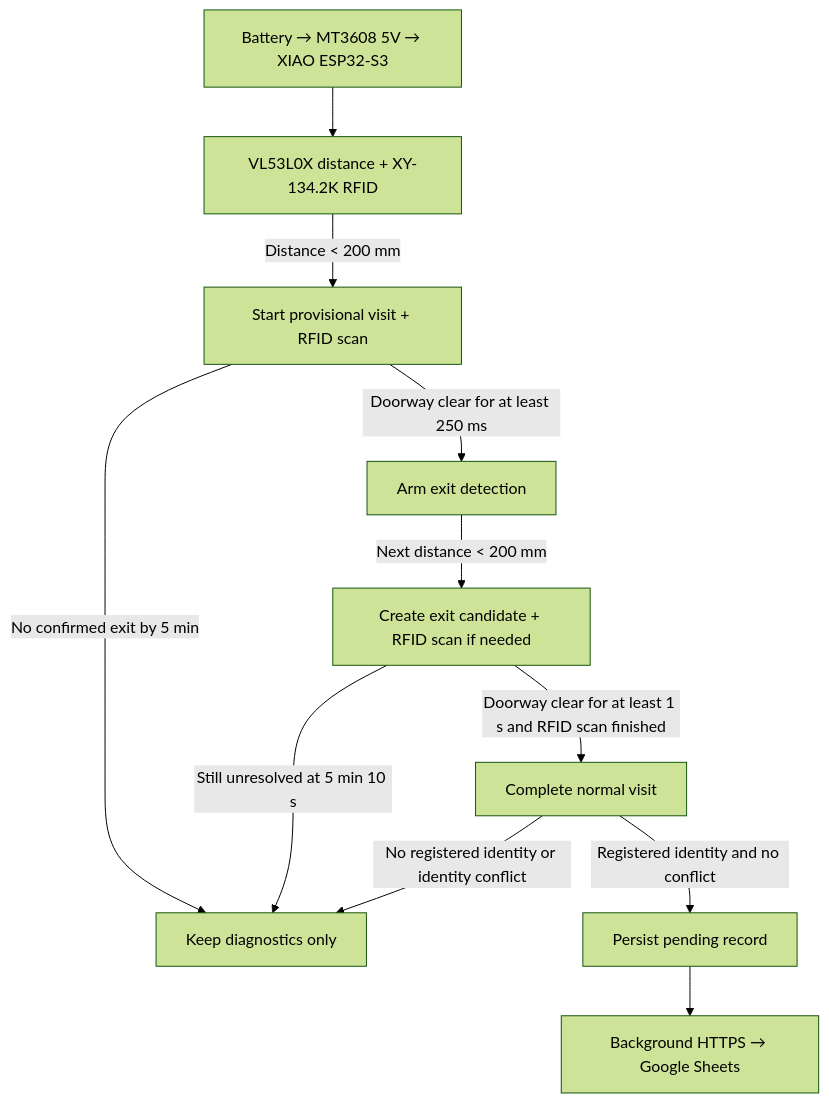
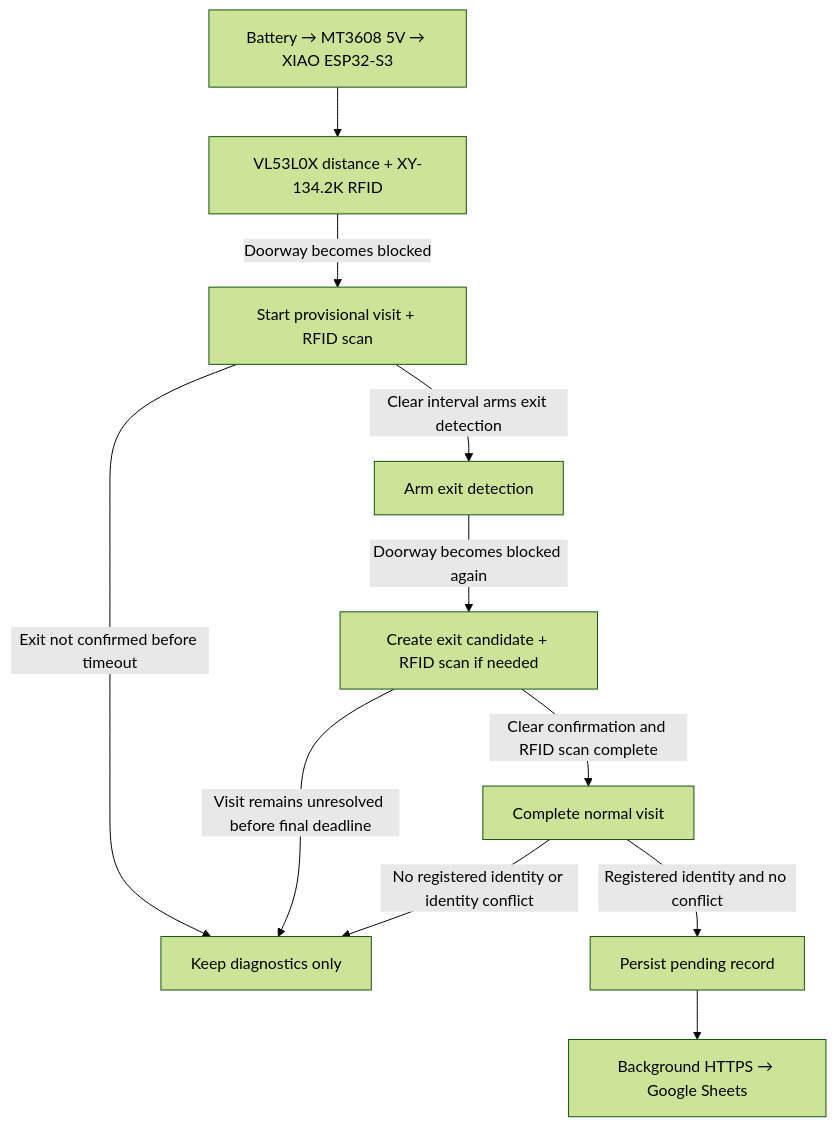
Before and after one commit to ziv50109/smart-litter-cabinet: the diagram in README.md, drawn with Mermaid (forest theme). The commit also changed other lines of this file and 6 other files, not shown here.

````diff
--- a/README.md
+++ b/README.md
@@ -11,13 +11,13 @@
 ```mermaid
 flowchart TD
     Power[Battery → MT3608 5V → XIAO ESP32-S3] --> Sensors[VL53L0X distance + XY-134.2K RFID]
-    Sensors -->|Distance < 200 mm| Entry[Start provisional visit + RFID scan]
-    Entry -->|Doorway clear for at least 250 ms| Armed[Arm exit detection]
-    Armed -->|Next distance < 200 mm| Exit[Create exit candidate + RFID scan if needed]
-    Exit -->|Doorway clear for at least 1 s and RFID scan finished| Resolve[Complete normal visit]
-    Entry -->|No confirmed exit by 5 min| Diagnostic[Keep diagnostics only]
-    Exit -->|Still unresolved at 5 min 10 s| Diagnostic
+    Sensors -->|Doorway becomes blocked| Entry[Start provisional visit + RFID scan]
+    Entry -->|Clear interval arms exit detection| Armed[Arm exit detection]
+    Armed -->|Doorway becomes blocked again| Exit[Create exit candidate + RFID scan if needed]
+    Exit -->|Clear confirmation and RFID scan complete| Resolve[Complete normal visit]
+    Entry -->|Exit not confirmed before timeout| Diagnostic[Keep diagnostics only]
+    Exit -->|Visit remains unresolved before final deadline| Diagnostic
     Resolve -->|Registered identity and no conflict| Queue[Persist pending record]
     Resolve -->|No registered identity or identity conflict| Diagnostic
     Queue --> Sheets[Background HTTPS → Google Sheets]
 ```
````
